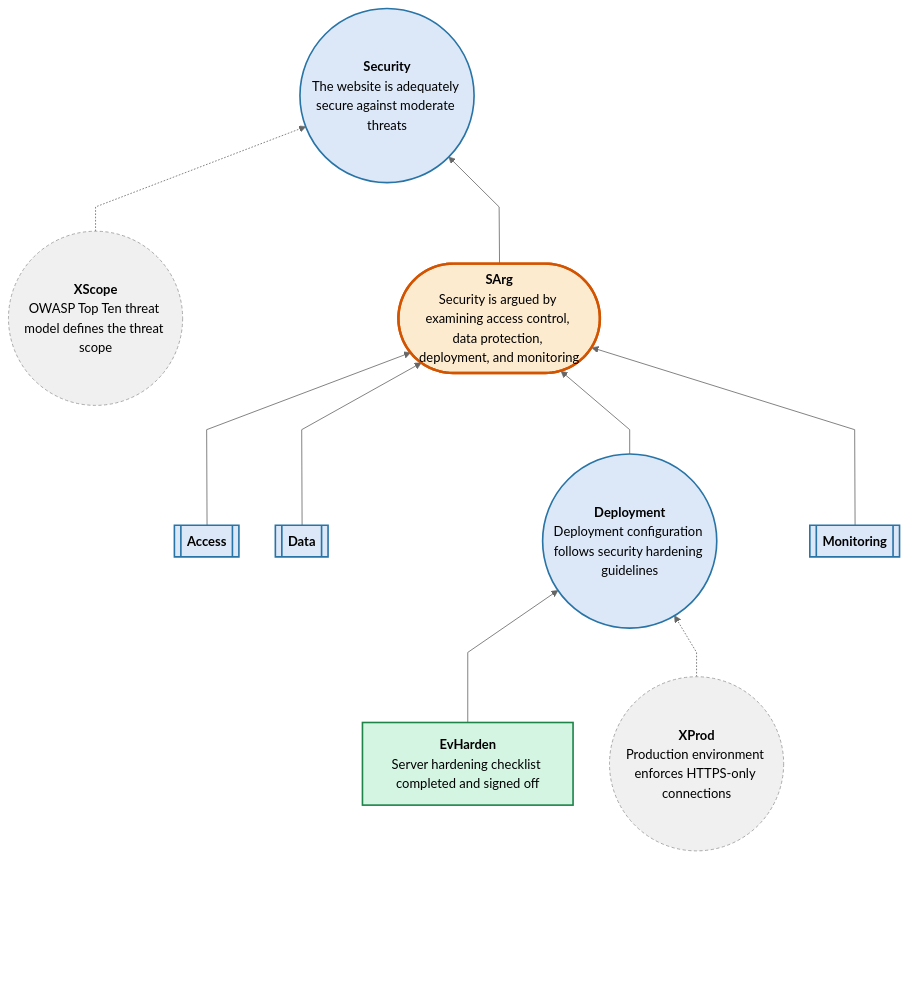
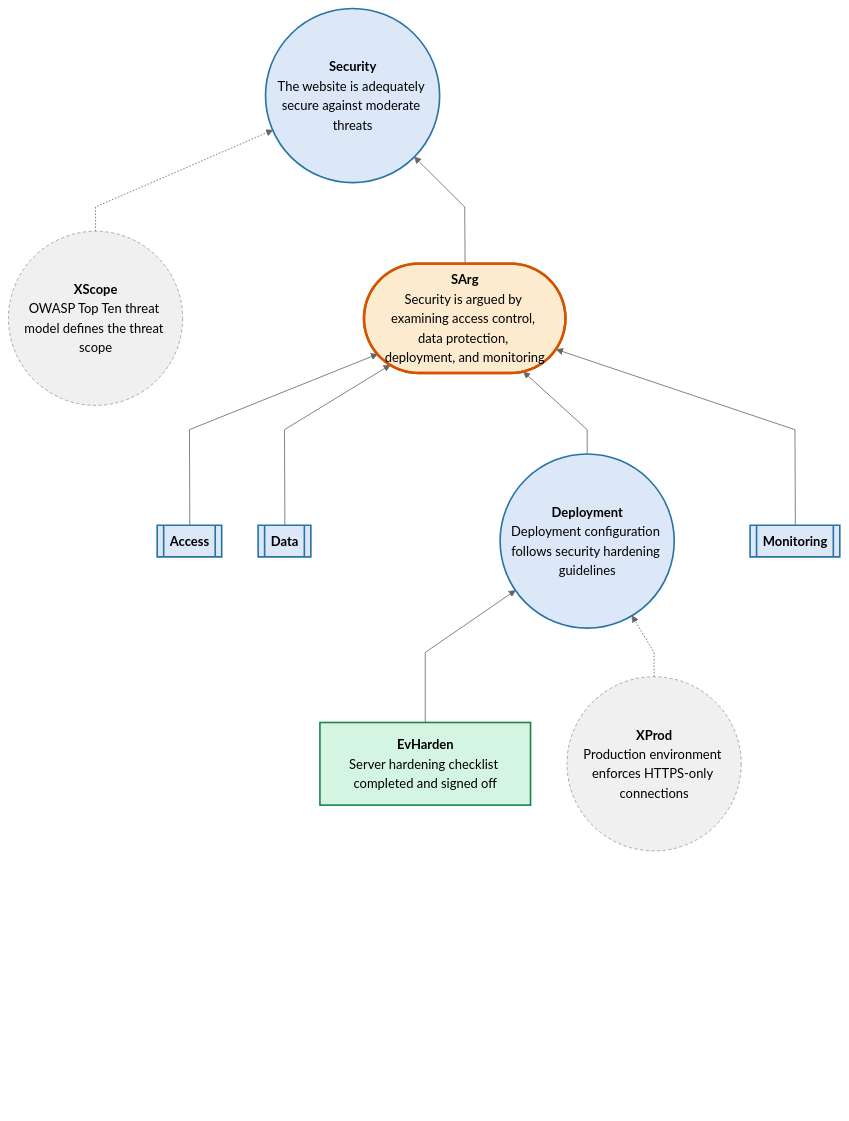
The ninth of 12 diagrams in tests/fixtures/demo-output.expected.md (david-a-wheeler/verocase), drawn with Mermaid before and after one commit. The commit also changed other lines of this file and 8 other files, not shown here.

Commit message:
Increase bottom padding by lengthening connector

````diff
--- a/tests/fixtures/demo-output.expected.md
+++ b/tests/fixtures/demo-output.expected.md
@@ -545,56 +545,56 @@
 ```mermaid
 ---
 config:
   theme: neutral
   flowchart:
     curve: linear
     htmlLabels: true
     rankSpacing: 60
     nodeSpacing: 45
     padding: 15
 ---
 flowchart BT
     classDef invisible        opacity:0
     classDef connector        fill:none,stroke:#cccccc,stroke-width:1px
     classDef caeClaimClass    fill:#dce8f8,stroke:#2874a6,stroke-width:2px,color:#000
     classDef caeArgClass      fill:#fdebd0,stroke:#d35400,stroke-width:3px,color:#000
     classDef caeEvidClass     fill:#d5f5e3,stroke:#1e8449,stroke-width:2px,color:#000
     classDef caeInfoClass     fill:#f0f0f0,stroke:#999999,stroke-width:1px,stroke-dasharray:4 3,color:#000
     classDef caeAssumedClass  fill:#e8daef,stroke:#76448a,stroke-width:2px,stroke-dasharray:4 3,color:#000
     classDef caeSideClass     fill:#d6eaf8,stroke:#1a5276,stroke-width:2px,color:#000
     classDef caeDefeaterClass fill:#fadbd8,stroke:#c0392b,stroke-width:4px,color:#000
     classDef abstractClaim    stroke-width:2px,stroke-dasharray:5 5
     Security(("<b>Security</b><br>The website is adequately secure against moderate threats")):::caeClaimClass
     XScope(("<b>XScope</b><br>OWASP Top Ten threat model defines the threat scope")):::caeInfoClass
     SArg(["<b>SArg</b><br>Security is argued by examining access control, data protection, deployment, and monitoring"]):::caeArgClass
     Access[["<b>Access</b>"]]:::caeClaimClass
     Data[["<b>Data</b>"]]:::caeClaimClass
     Deployment(("<b>Deployment</b><br>Deployment configuration follows security hardening guidelines")):::caeClaimClass
     Monitoring[["<b>Monitoring</b>"]]:::caeClaimClass
     EvHarden["<b>EvHarden</b><br>Server hardening checklist completed and signed off"]:::caeEvidClass
     XProd(("<b>XProd</b><br>Production environment enforces HTTPS-only connections")):::caeInfoClass
     click Security "https://github.com/david-a-wheeler/verocase/blob/main/tests/fixtures/demo-output.expected.md#claim-security"
     click XScope "https://github.com/david-a-wheeler/verocase/blob/main/tests/fixtures/demo-output.expected.md#context-xscope"
     click SArg "https://github.com/david-a-wheeler/verocase/blob/main/tests/fixtures/demo-output.expected.md#strategy-sarg"
     click Access "https://github.com/david-a-wheeler/verocase/blob/main/tests/fixtures/demo-output.expected.md#package-access"
     click Data "https://github.com/david-a-wheeler/verocase/blob/main/tests/fixtures/demo-output.expected.md#package-data"
     click Deployment "https://github.com/david-a-wheeler/verocase/blob/main/tests/fixtures/demo-output.expected.md#claim-deployment"
     click Monitoring "https://github.com/david-a-wheeler/verocase/blob/main/tests/fixtures/demo-output.expected.md#package-monitoring"
     click EvHarden "https://github.com/david-a-wheeler/verocase/blob/main/tests/fixtures/demo-output.expected.md#evidence-evharden"
     click XProd "https://github.com/david-a-wheeler/verocase/blob/main/tests/fixtures/demo-output.expected.md#context-xprod"
 
-    BottomPadding1["<br/><br/><br/>"]:::invisible ~~~ XScope
-    BottomPadding2["<br/><br/><br/>"]:::invisible ~~~ Access
-    BottomPadding3["<br/><br/><br/>"]:::invisible ~~~ Data
-    BottomPadding4["<br/><br/><br/>"]:::invisible ~~~ Monitoring
-    BottomPadding5["<br/><br/><br/>"]:::invisible ~~~ EvHarden
-    BottomPadding6["<br/><br/><br/>"]:::invisible ~~~ XProd
+    BottomPadding1["<br/><br/><br/>"]:::invisible ~~~~ XScope
+    BottomPadding2["<br/><br/><br/>"]:::invisible ~~~~ Access
+    BottomPadding3["<br/><br/><br/>"]:::invisible ~~~~ Data
+    BottomPadding4["<br/><br/><br/>"]:::invisible ~~~~ Monitoring
+    BottomPadding5["<br/><br/><br/>"]:::invisible ~~~~ EvHarden
+    BottomPadding6["<br/><br/><br/>"]:::invisible ~~~~ XProd
     XScope -.-> Security
     Access --> SArg
     Data --> SArg
     EvHarden --> Deployment
     XProd -.-> Deployment
     Deployment --> SArg
     Monitoring --> SArg
     SArg --> Security
 ```
````
